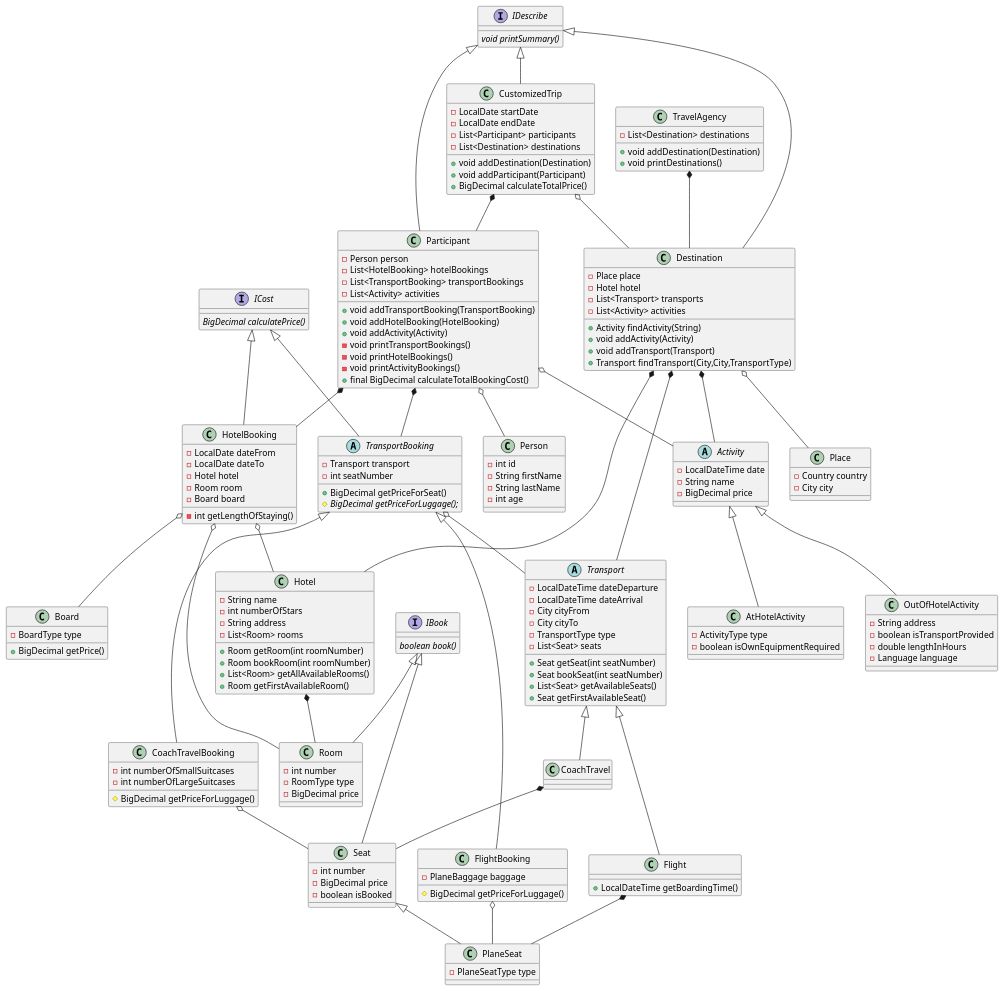
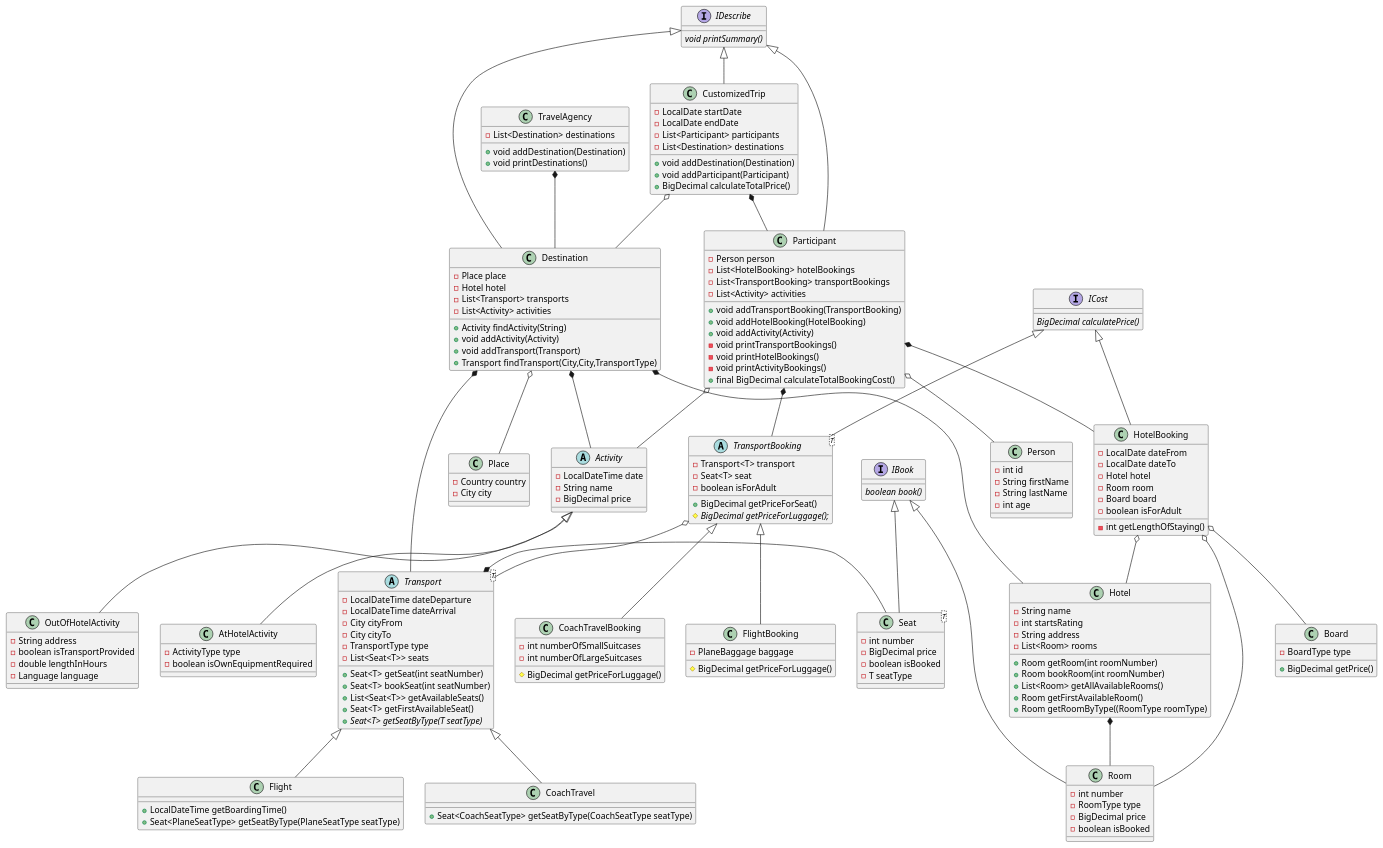
One commit to asiajanicka/TravelAgency changed the diagram in resources/docs/ClassDiagram.puml. Above: the diagram before and after it, drawn with PlantUML. The commit also changed 4 other files, not shown here.

Commit message:
refactored code, removed commented text, corrected class diagram

```diff
--- a/resources/docs/ClassDiagram.puml
+++ b/resources/docs/ClassDiagram.puml
@@ -1,175 +1,177 @@
 @startuml
 interface ICost {
 {abstract} BigDecimal calculatePrice()
 }
 interface IDescribe {
 {abstract} void printSummary()
 }
 interface IBook {
 {abstract} boolean book()
 }
 class Hotel {
 - String name
-- int numberOfStars
+- int startsRating
 - String address
 - List<Room> rooms
 + Room getRoom(int roomNumber)
 + Room bookRoom(int roomNumber)
 + List<Room> getAllAvailableRooms()
 + Room getFirstAvailableRoom()
++ Room getRoomByType((RoomType roomType)
 }
-class PlaneSeat {
-- PlaneSeatType type
-}
-class Seat {
+
+class Seat<T> {
 - int number
 - BigDecimal price
 - boolean isBooked
+- T seatType
 }
 class Participant {
 - Person person
 - List<HotelBooking> hotelBookings
 - List<TransportBooking> transportBookings
 - List<Activity> activities
 + void addTransportBooking(TransportBooking)
 + void addHotelBooking(HotelBooking)
 + void addActivity(Activity)
 - void printTransportBookings()
 - void printHotelBookings()
 - void printActivityBookings()
 + final BigDecimal calculateTotalBookingCost()
 }
 class FlightBooking {
 - PlaneBaggage baggage
 # BigDecimal getPriceForLuggage()
 }
 class CustomizedTrip {
 - LocalDate startDate
 - LocalDate endDate
 - List<Participant> participants
 - List<Destination> destinations
 + void addDestination(Destination)
 + void addParticipant(Participant)
 + BigDecimal calculateTotalPrice()
 }
 class HotelBooking {
 - LocalDate dateFrom
 - LocalDate dateTo
 - Hotel hotel
 - Room room
 - Board board
+- boolean isForAdult
 - int getLengthOfStaying()
 }
 class Board {
 - BoardType type
 + BigDecimal getPrice()
 }
 class Flight {
 + LocalDateTime getBoardingTime()
++ Seat<PlaneSeatType> getSeatByType(PlaneSeatType seatType)
 }
 class TravelAgency {
 - List<Destination> destinations
 + void addDestination(Destination)
 + void printDestinations()
 }
 class CoachTravelBooking {
 - int numberOfSmallSuitcases
 - int numberOfLargeSuitcases
 # BigDecimal getPriceForLuggage()
 }
-abstract class Transport {
+abstract class Transport<T> {
 - LocalDateTime dateDeparture
 - LocalDateTime dateArrival
 - City cityFrom
 - City cityTo
 - TransportType type
-- List<Seat> seats
-+ Seat getSeat(int seatNumber)
-+ Seat bookSeat(int seatNumber)
-+ List<Seat> getAvailableSeats()
-+ Seat getFirstAvailableSeat()
+- List<Seat<T>> seats
++ Seat<T> getSeat(int seatNumber)
++ Seat<T> bookSeat(int seatNumber)
++ List<Seat<T>> getAvailableSeats()
++ Seat<T> getFirstAvailableSeat()
++ {abstract} Seat<T> getSeatByType(T seatType)
 }
 class Place {
 - Country country
 - City city
 }
 class Room {
 - int number
 - RoomType type
 - BigDecimal price
+- boolean isBooked
 }
 class OutOfHotelActivity {
 - String address
 - boolean isTransportProvided
 - double lengthInHours
 - Language language
 }
 abstract class Activity {
 - LocalDateTime date
 - String name
 - BigDecimal price
 }
 class AtHotelActivity {
 - ActivityType type
 - boolean isOwnEquipmentRequired
 }
 class Destination {
 - Place place
 - Hotel hotel
 - List<Transport> transports
 - List<Activity> activities
 + Activity findActivity(String)
 + void addActivity(Activity)
 + void addTransport(Transport)
 + Transport findTransport(City,City,TransportType)
 }
-abstract class TransportBooking {
-- Transport transport
-- int seatNumber
+abstract class TransportBooking<T> {
+- Transport<T> transport
+- Seat<T> seat
+- boolean isForAdult
 + BigDecimal getPriceForSeat()
 # {abstract}BigDecimal getPriceForLuggage();
 }
 class Person {
 - int id
 - String firstName
 - String lastName
 - int age
 }
 class CoachTravel {
++ Seat<CoachSeatType> getSeatByType(CoachSeatType seatType)
 }
 
 TravelAgency *-- Destination
 CustomizedTrip o-- Destination
 CustomizedTrip *-- Participant
 Destination *-- Transport
 Destination *-- Hotel
 Destination *-- Activity
 Destination o-- Place
 Participant o-- Person
 Participant o-- Activity
 Participant *-- HotelBooking
 Participant *-- TransportBooking
-CoachTravel *-- Seat
 Hotel *-- Room
 HotelBooking o-- Room
 HotelBooking o-- Board
 HotelBooking o-- Hotel
 TransportBooking o-- Transport
-CoachTravelBooking o-- Seat
-FlightBooking o-- PlaneSeat
-Flight *-- PlaneSeat
 ICost <|-- HotelBooking
 ICost <|-- TransportBooking
 IDescribe <|--  CustomizedTrip
 IDescribe <|-- Participant
 IDescribe <|-- Destination
 IBook <|-- Room
 IBook <|-- Seat
-Seat <|-- PlaneSeat
 TransportBooking <|-- FlightBooking
 Transport <|-- Flight
 TransportBooking <|-- CoachTravelBooking
 Activity <|-- OutOfHotelActivity
 Activity <|-- AtHotelActivity
 Transport <|-- CoachTravel
+Transport *- Seat
 @enduml
```
